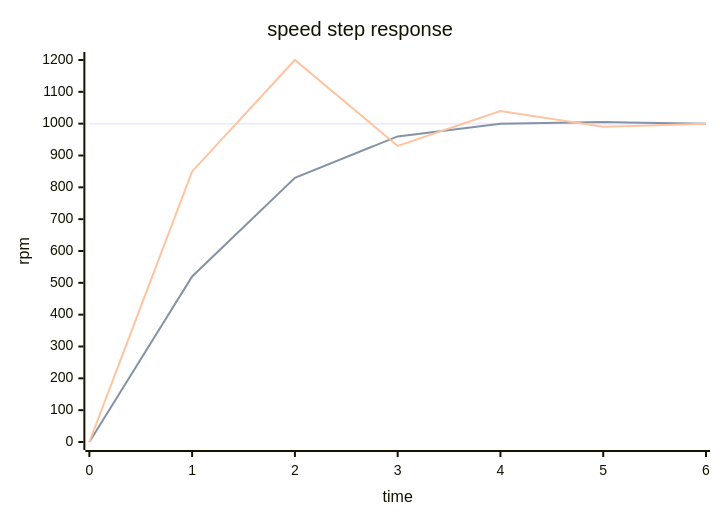
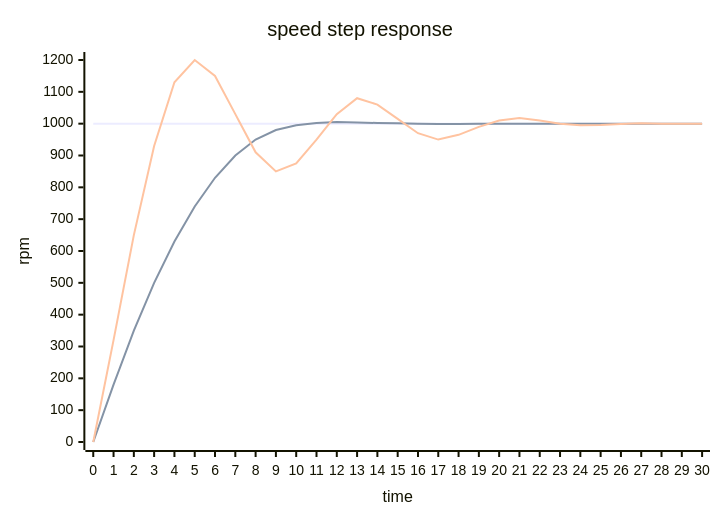
Before and after one commit to inaku-Gyan/RM-EC-Tutorial-2026-Summer: diagram 13 of 16 in decks/kinematics-pid/slides.md, drawn with Mermaid. The commit also changed other lines of this file, not shown here.

Commit message:
优化 PID 相关曲线图

````diff
--- a/decks/kinematics-pid/slides.md
+++ b/decks/kinematics-pid/slides.md
@@ -1052,9 +1048,9 @@
 ```mermaid
 xychart-beta
   title "speed step response"
-  x-axis "time" [0, 1, 2, 3, 4, 5, 6]
+  x-axis "time" [0, 1, 2, 3, 4, 5, 6, 7, 8, 9, 10, 11, 12, 13, 14, 15, 16, 17, 18, 19, 20, 21, 22, 23, 24, 25, 26, 27, 28, 29, 30]
   y-axis "rpm" 0 --> 1200
-  line "target" [1000, 1000, 1000, 1000, 1000, 1000, 1000]
-  line "good" [0, 520, 830, 960, 1000, 1005, 1000]
-  line "overshoot" [0, 850, 1200, 930, 1040, 990, 1000]
+  line "target" [1000, 1000, 1000, 1000, 1000, 1000, 1000, 1000, 1000, 1000, 1000, 1000, 1000, 1000, 1000, 1000, 1000, 1000, 1000, 1000, 1000, 1000, 1000, 1000, 1000, 1000, 1000, 1000, 1000, 1000, 1000]
+  line "good" [0, 180, 350, 500, 630, 740, 830, 900, 950, 980, 995, 1002, 1005, 1004, 1002, 1001, 1000, 999, 999, 1000, 1000, 1000, 1000, 1000, 1000, 1000, 1000, 1000, 1000, 1000, 1000]
+  line "overshoot" [0, 320, 650, 930, 1130, 1200, 1150, 1030, 910, 850, 875, 950, 1030, 1080, 1060, 1015, 970, 950, 965, 990, 1010, 1018, 1010, 1000, 995, 996, 999, 1001, 1000, 1000, 1000]
 ```
````
